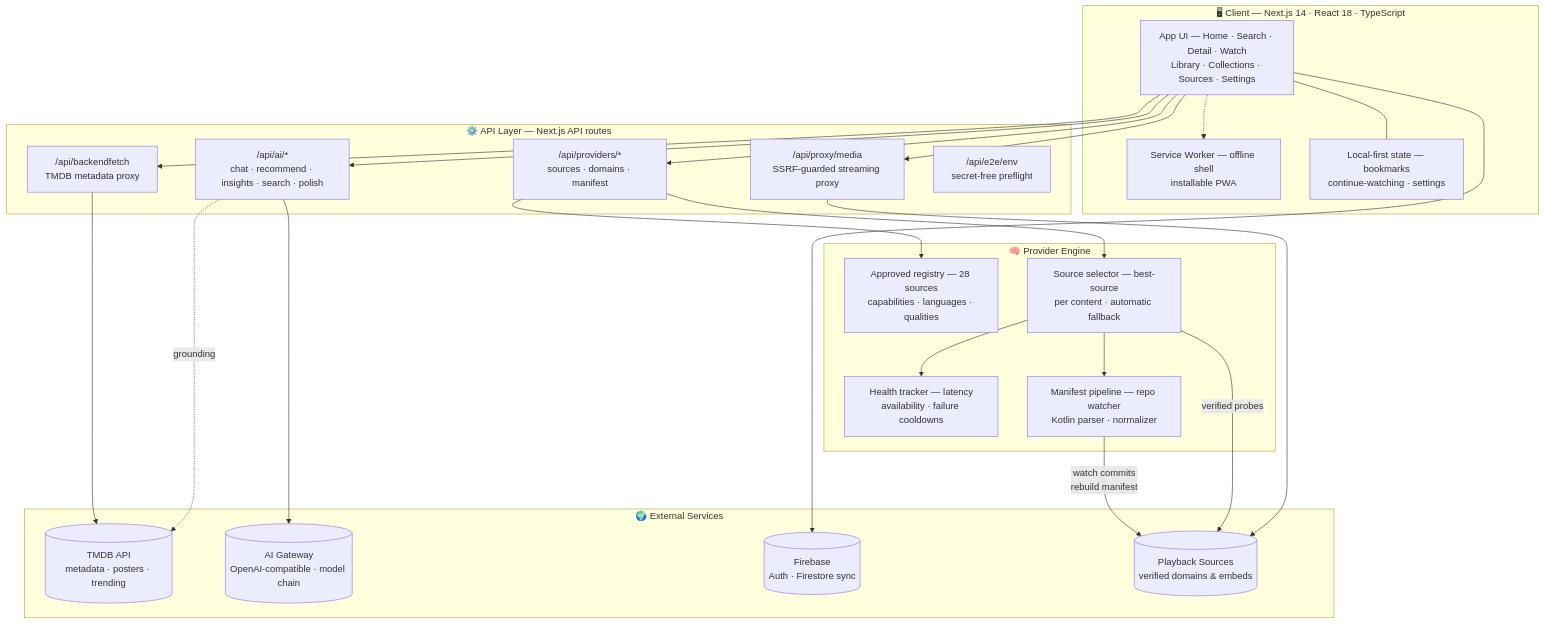
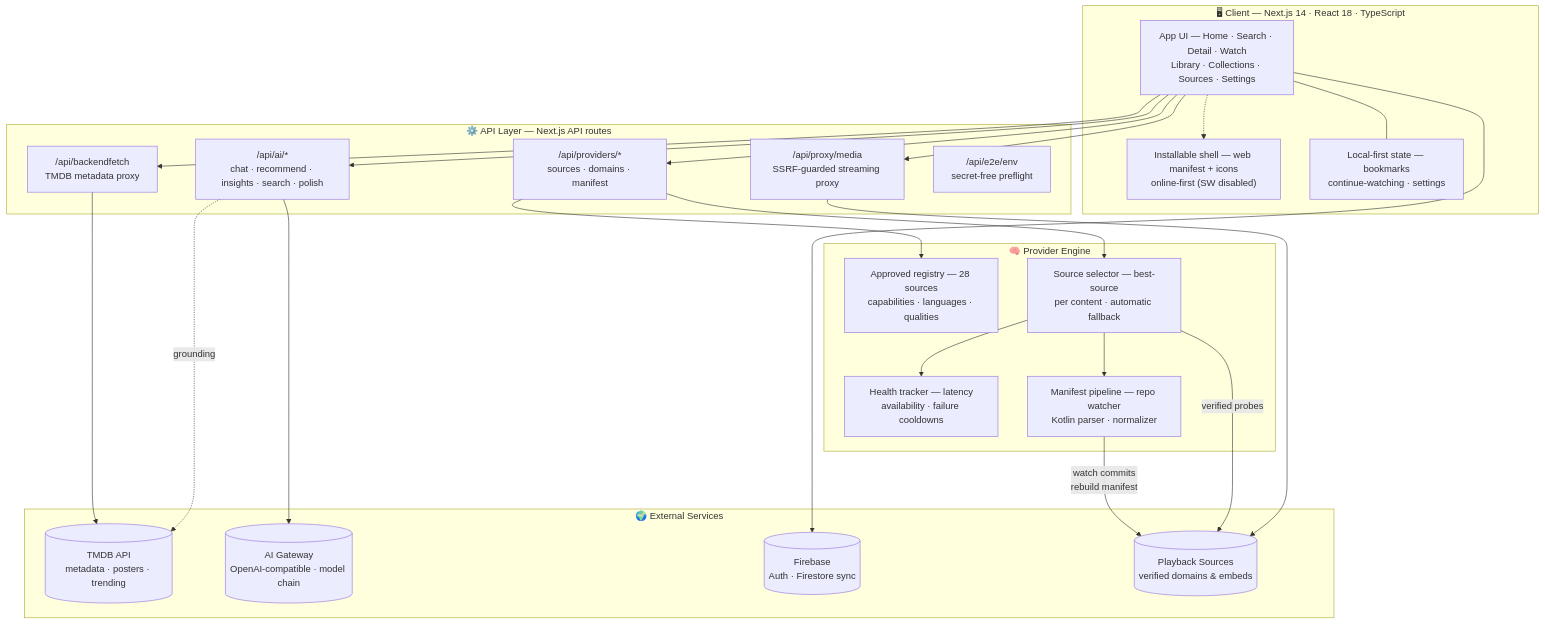
Before and after one commit to flawsom/rive-next: the diagram in README.md, drawn with Mermaid. The commit also changed other lines of this file and 7 other files, not shown here.

````diff
--- a/README.md
+++ b/README.md
@@ -299,50 +306,50 @@
 ```mermaid
 flowchart TB
     subgraph CLIENT["🖥 Client — Next.js 14 · React 18 · TypeScript"]
         UI["App UI — Home · Search · Detail · Watch<br/>Library · Collections · Sources · Settings"]
-        SW["Service Worker — offline shell<br/>installable PWA"]
+        PWA["Installable shell — web manifest + icons<br/>online-first (SW disabled)"]
         LS["Local-first state — bookmarks<br/>continue-watching · settings"]
     end
 
     subgraph API["⚙️ API Layer — Next.js API routes"]
         TMDB["/api/backendfetch<br/>TMDB metadata proxy"]
         PROV["/api/providers/*<br/>sources · domains · manifest"]
         AI["/api/ai/*<br/>chat · recommend · insights · search · polish"]
         MEDIA["/api/proxy/media<br/>SSRF-guarded streaming proxy"]
         ENV["/api/e2e/env<br/>secret-free preflight"]
     end
 
     subgraph ENGINE["🧠 Provider Engine"]
         REG["Approved registry — 28 sources<br/>capabilities · languages · qualities"]
         HEALTH["Health tracker — latency<br/>availability · failure cooldowns"]
         SEL["Source selector — best-source<br/>per content · automatic fallback"]
         MAN["Manifest pipeline — repo watcher<br/>Kotlin parser · normalizer"]
     end
 
     subgraph EXTERNAL["🌍 External Services"]
         TMDBAPI[("TMDB API<br/>metadata · posters · trending")]
         GATEWAY[("AI Gateway<br/>OpenAI-compatible · model chain")]
         FIREBASE[("Firebase<br/>Auth · Firestore sync")]
         SOURCES[("Playback Sources<br/>verified domains & embeds")]
     end
 
     UI --> TMDB
     UI --> PROV
     UI --> AI
     UI --> MEDIA
-    UI -.-> SW
+    UI -.-> PWA
     UI --- LS
 
     PROV --> REG
     PROV --> SEL
     SEL --> HEALTH
     SEL --> MAN
     MAN -->|"watch commits<br/>rebuild manifest"| SOURCES
     SEL -->|"verified probes"| SOURCES
 
     TMDB --> TMDBAPI
     AI --> GATEWAY
     AI -.->|"grounding"| TMDBAPI
     MEDIA --> SOURCES
     UI --> FIREBASE
 ```
````
